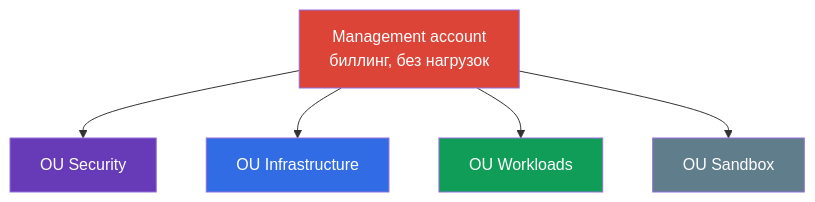
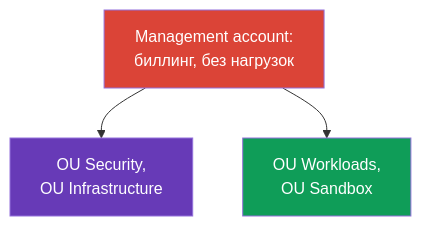
Before and after one commit to ViktorUJ/cks: the third of 5 diagrams in tasks/eks/course/00-1-aws/ru.md, drawn with Mermaid. The commit also changed other lines of this file and 52 other files, not shown here.

````diff
--- a/tasks/eks/course/00-1-aws/ru.md
+++ b/tasks/eks/course/00-1-aws/ru.md
@@ -193,13 +175,8 @@
 ```mermaid
 flowchart TB
-    root["Management account<br>биллинг, без нагрузок"]
-    root --> sec["OU Security"]
-    root --> inf["OU Infrastructure"]
-    root --> wl["OU Workloads"]
-    root --> sb["OU Sandbox"]
+    root["Management account:<br/>биллинг, без нагрузок"] --> plat["OU Security,<br/>OU Infrastructure"]
+    root --> apps["OU Workloads,<br/>OU Sandbox"]
     style root fill:#db4437,color:#fff
-    style sec fill:#673ab7,color:#fff
-    style inf fill:#326ce5,color:#fff
-    style wl fill:#0f9d58,color:#fff
-    style sb fill:#607d8b,color:#fff
+    style plat fill:#673ab7,color:#fff
+    style apps fill:#0f9d58,color:#fff
 ```
````
